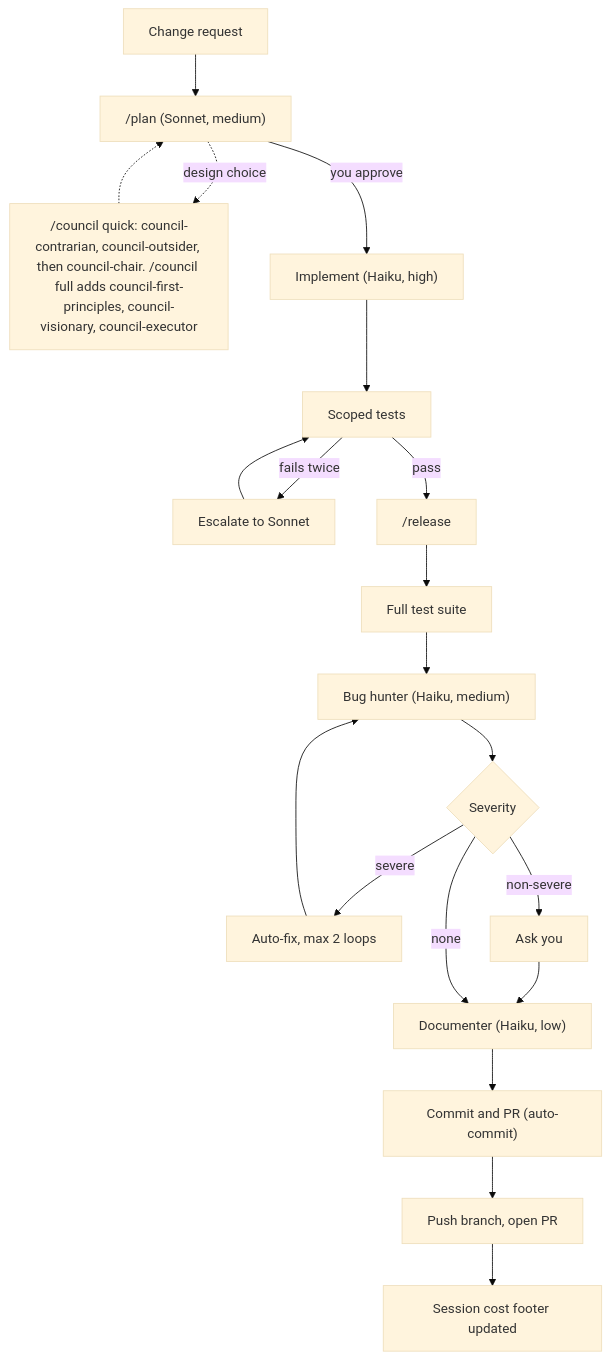
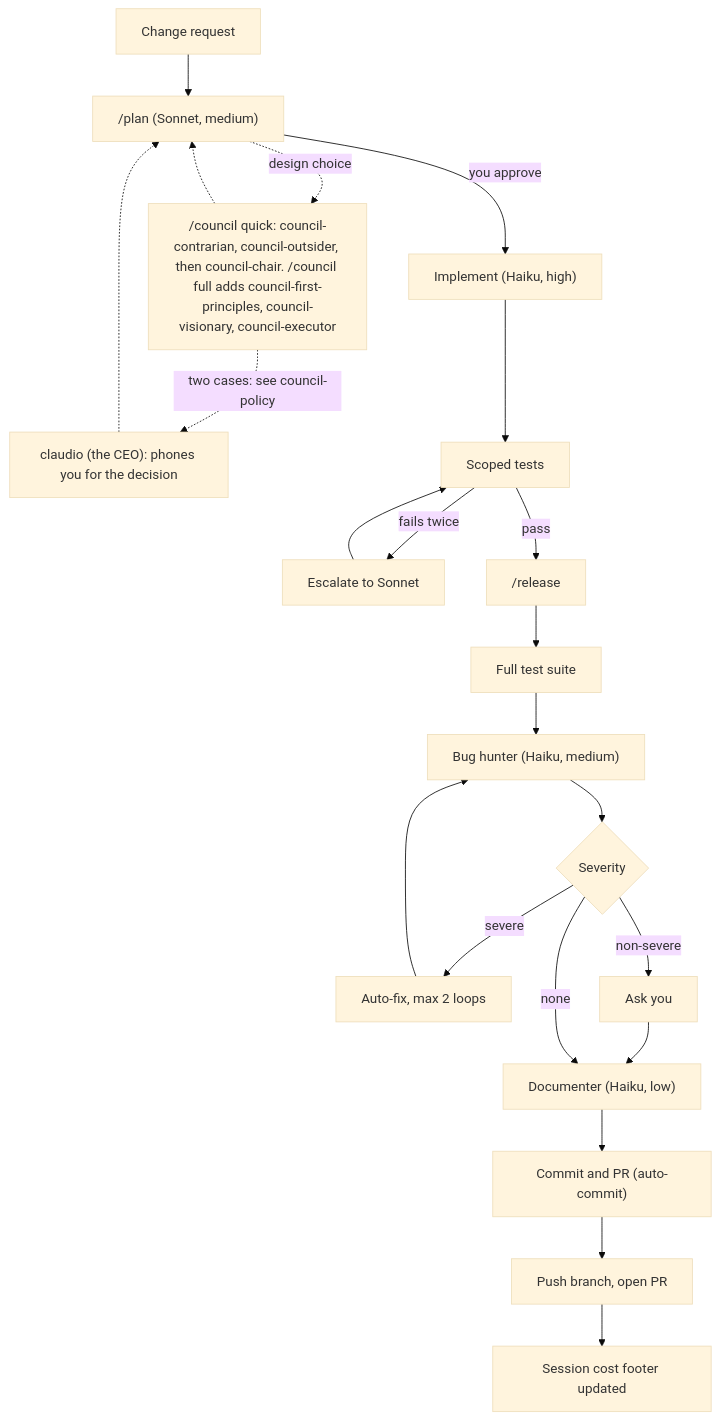
One commit to destaben/dotclaude changed the diagram in README.md. Above: the diagram before and after it, drawn with Mermaid (base theme). The commit also changed other lines of this file and 15 other files, not shown here.

First line of the commit message:
feat(ceo): add a CEO agent that phones the user for decisions the council cannot resolve (#14)

````diff
--- a/README.md
+++ b/README.md
@@ -99,22 +104,24 @@
 ```mermaid
 flowchart TD
     A[Change request] --> B["/plan (Sonnet, medium)"]
     B -.->|design choice| Q["/council quick: council-contrarian, council-outsider, then council-chair. /council full adds council-first-principles, council-visionary, council-executor"]
     Q -.-> B
+    Q -.->|two cases: see council-policy| U["claudio (the CEO): phones you for the decision"]
+    U -.-> B
     B -->|you approve| C["Implement (Haiku, high)"]
     C --> D[Scoped tests]
     D -->|fails twice| E[Escalate to Sonnet]
     E --> D
     D -->|pass| F["/release"]
     F --> G[Full test suite]
     G --> H["Bug hunter (Haiku, medium)"]
     H --> I{Severity}
     I -->|severe| J[Auto-fix, max 2 loops]
     J --> H
     I -->|non-severe| K[Ask you]
     K --> M
     I -->|none| M["Documenter (Haiku, low)"]
     M --> N["Commit and PR (auto-commit)"]
     N --> O[Push branch, open PR]
     O --> P[Session cost footer updated]
 ```
````
